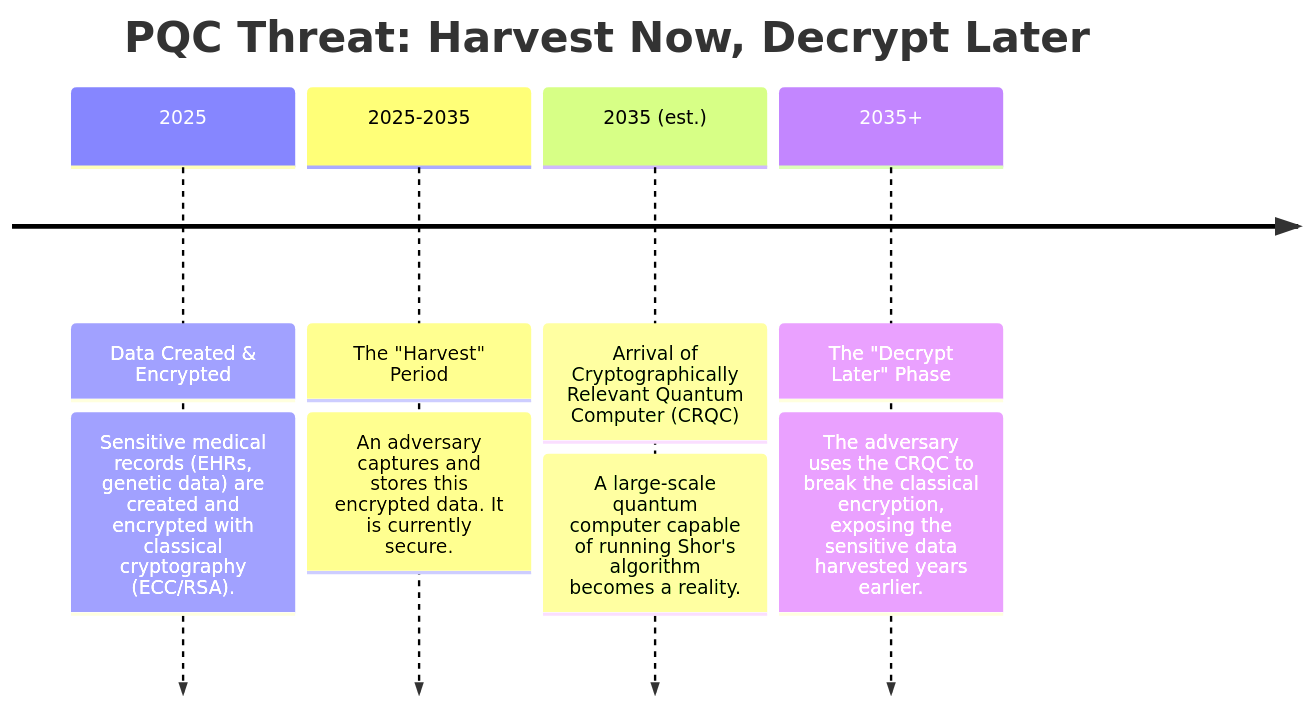
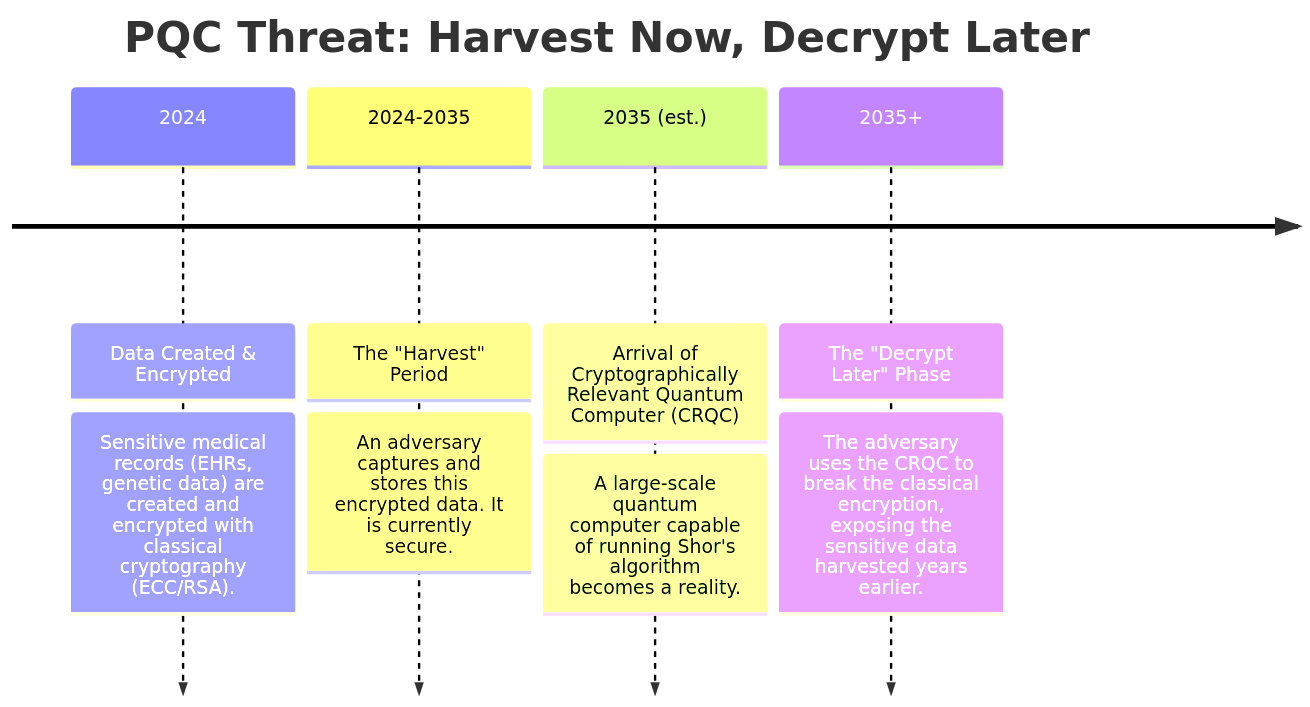
Diagram 13 of 22 in README.md (rachidd31/search_over_encrypted), drawn with Mermaid before and after one commit. The commit also changed other lines of this file, not shown here.

````diff
--- a/README.md
+++ b/README.md
@@ -717,12 +986,12 @@
 ```mermaid
 timeline
     title PQC Threat: Harvest Now, Decrypt Later
-    2025 : Data Created & Encrypted
+    2024 : Data Created & Encrypted
         : Sensitive medical records (EHRs, genetic data) are created and encrypted with classical cryptography (ECC/RSA).
-    2025-2035 : The "Harvest" Period
+    2024-2035 : The "Harvest" Period
             : An adversary captures and stores this encrypted data. It is currently secure.
     2035 (est.) : Arrival of Cryptographically Relevant Quantum Computer (CRQC)
                 : A large-scale quantum computer capable of running Shor's algorithm becomes a reality.
     2035+ : The "Decrypt Later" Phase
           : The adversary uses the CRQC to break the classical encryption, exposing the sensitive data harvested years earlier.
 ```
````
